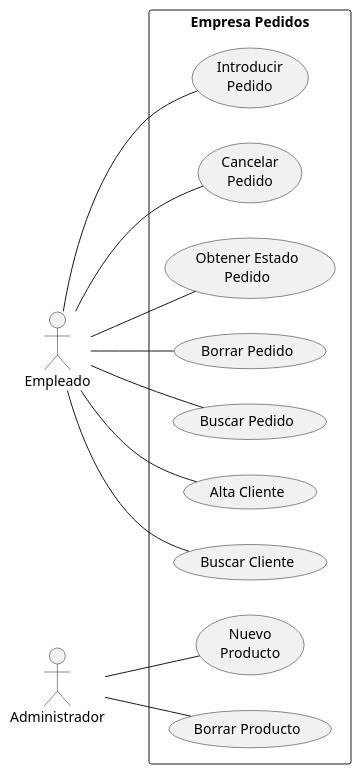
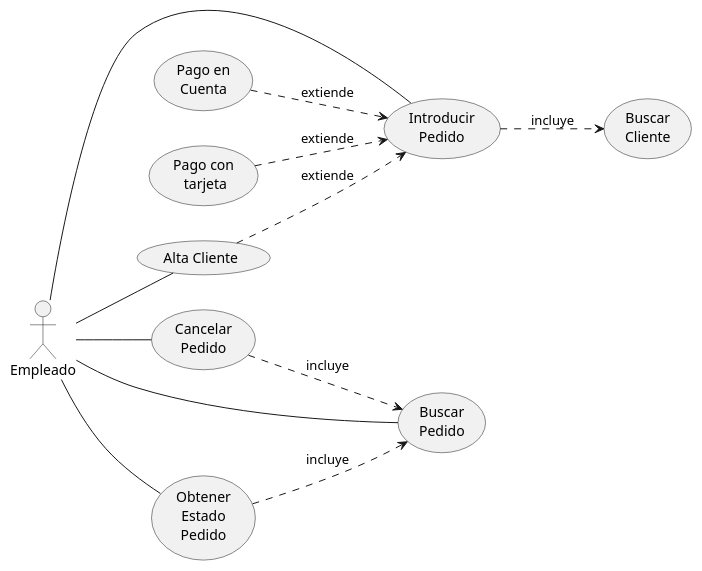
The diagram in src/diagrama de casos de uso.puml (preguntitas/PlanUml2), drawn with PlantUML before and after one commit.

Commit message:
Diagrama 10

```diff
--- a/src/diagrama de casos de uso.puml
+++ b/src/diagrama de casos de uso.puml
@@ -1,26 +1,24 @@
 @startuml
 left to right direction
 :Empleado: as empleado
-:Administrador: as admin
+(Alta Cliente) as alta
+(Introducir\nPedido) as introducir
+(Obtener\nEstado\nPedido) as obtener
+(Cancelar\nPedido) as cancelar
+(Buscar\nCliente) as buscarC
+(Pago en\nCuenta) as pagoCuenta
+(Buscar\nPedido) as buscarP
+(Pago con\n tarjeta) as pagoTarjeta
 
-rectangle "Empresa Pedidos" as empresa{
-(Introducir\nPedido) as introducir
-(Cancelar\nPedido) as cancelar
-(Obtener Estado\nPedido) as obtener
-(Borrar Pedido) as borrar
-(Buscar Pedido) as buscarP
-(Alta Cliente) as alta
-(Buscar Cliente) as buscarC
-(Nuevo\nProducto) as nuevo
-(Borrar Producto) as borrarP
-}
+empleado -- alta
 empleado -- introducir
+empleado -- obtener
+empleado -- buscarP
 empleado -- cancelar
-empleado -- obtener
-empleado -- borrar
-empleado -- buscarP
-empleado -- alta
-empleado -- buscarC
-admin -- nuevo
-admin -- borrarP
+alta ..> introducir : extiende
+introducir ..> buscarC : incluye
+pagoTarjeta ..> introducir : extiende
+pagoCuenta ..> introducir : extiende
+obtener ..> buscarP : incluye
+cancelar ..> buscarP : incluye
 @enduml
```
